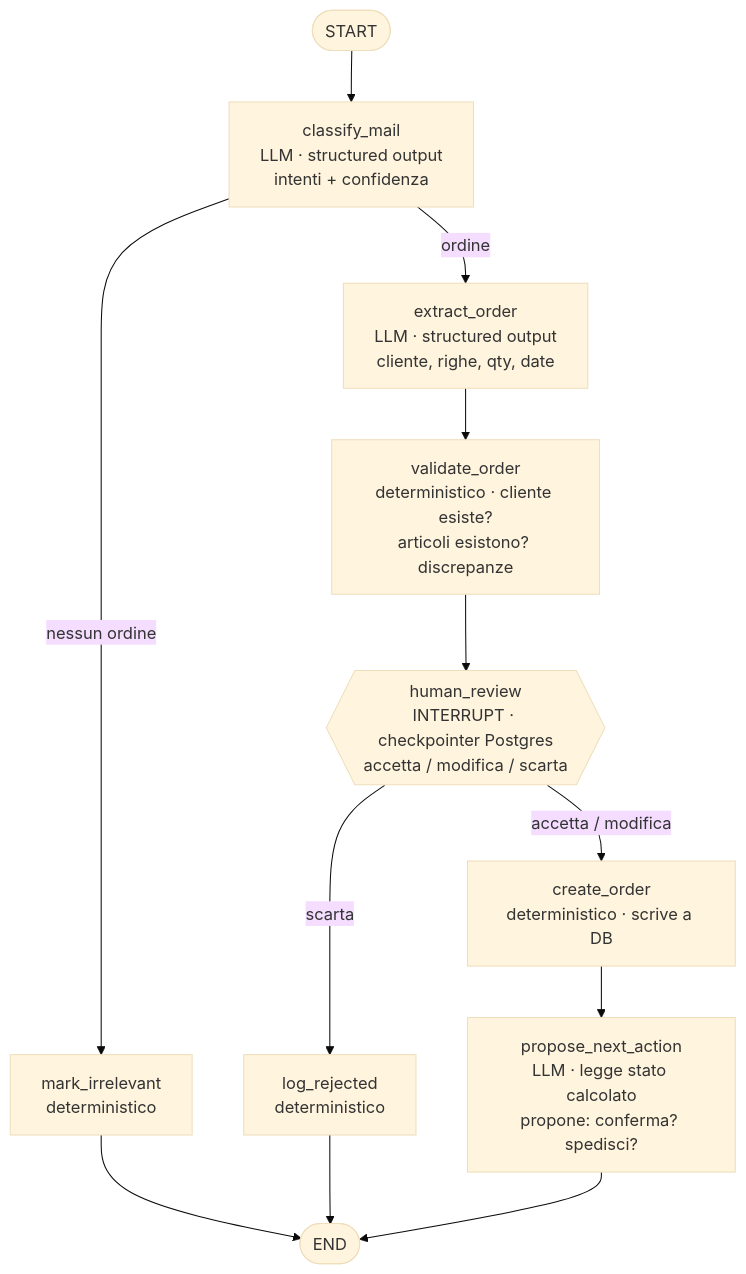
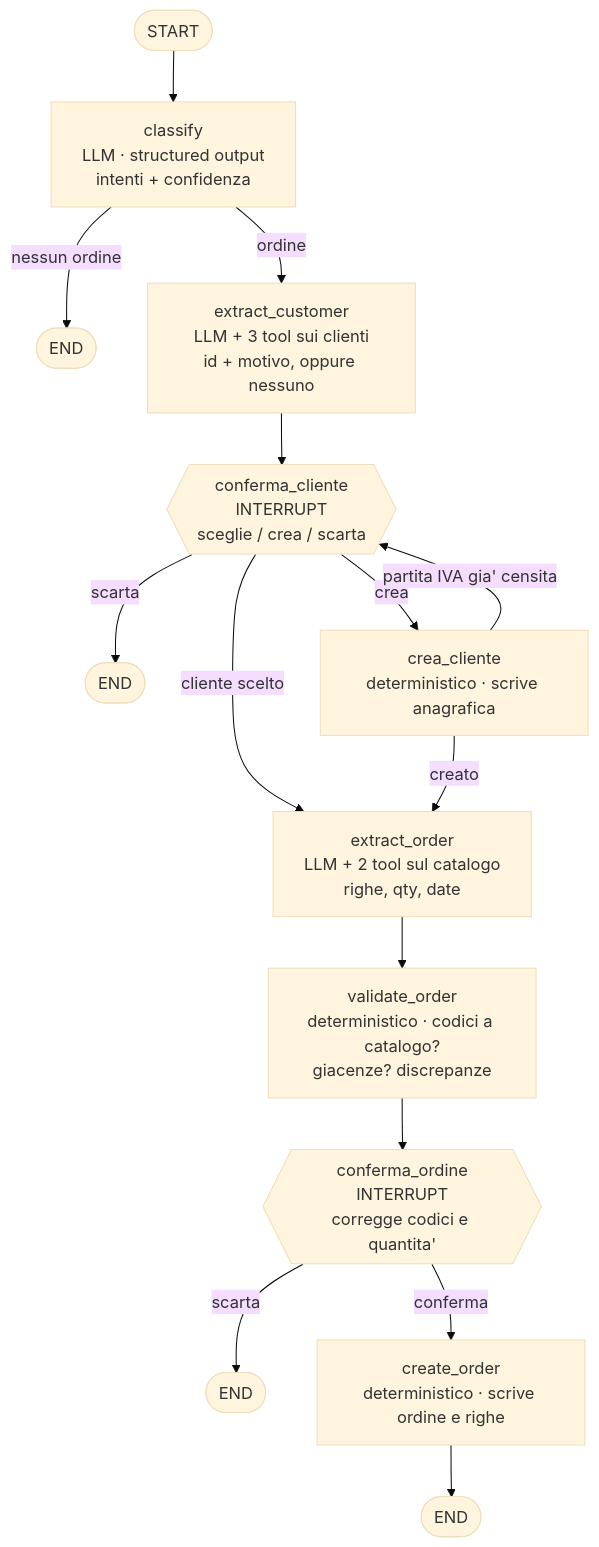
Before and after one commit to DenisRaimondi/erp-agent-graph: the second of 2 diagrams in GRAFO.md, drawn with Mermaid (base theme). The commit also changed other lines of this file and 2 other files, not shown here.

````diff
--- a/GRAFO.md
+++ b/GRAFO.md
@@ -21,18 +21,23 @@
 ```mermaid
 flowchart TD
-    START([START]) --> classify[classify_mail<br/>LLM · structured output<br/>intenti + confidenza]
+    START([START]) --> classify[classify<br/>LLM · structured output<br/>intenti + confidenza]
 
-    classify -->|nessun ordine| discard[mark_irrelevant<br/>deterministico]
-    classify -->|ordine| extract[extract_order<br/>LLM · structured output<br/>cliente, righe, qty, date]
+    classify -->|nessun ordine| END1([END])
+    classify -->|ordine| ec[extract_customer<br/>LLM + 3 tool sui clienti<br/>id + motivo, oppure nessuno]
 
-    extract --> validate[validate_order<br/>deterministico · cliente esiste?<br/>articoli esistono? discrepanze]
-    validate --> review{{human_review<br/>INTERRUPT · checkpointer Postgres<br/>accetta / modifica / scarta}}
+    ec --> cc{{conferma_cliente<br/>INTERRUPT<br/>sceglie / crea / scarta}}
 
-    review -->|scarta| rejected[log_rejected<br/>deterministico]
-    review -->|accetta / modifica| create[create_order<br/>deterministico · scrive a DB]
-    create --> propose[propose_next_action<br/>LLM · legge stato calcolato<br/>propone: conferma? spedisci?]
+    cc -->|scarta| END2([END])
+    cc -->|cliente scelto| eo
+    cc -->|crea| nuovo[crea_cliente<br/>deterministico · scrive anagrafica]
 
-    discard --> END([END])
-    rejected --> END
-    propose --> END
+    nuovo -->|partita IVA gia' censita| cc
+    nuovo -->|creato| eo[extract_order<br/>LLM + 2 tool sul catalogo<br/>righe, qty, date]
+
+    eo --> validate[validate_order<br/>deterministico · codici a catalogo?<br/>giacenze? discrepanze]
+    validate --> co{{conferma_ordine<br/>INTERRUPT<br/>corregge codici e quantita'}}
+
+    co -->|scarta| END3([END])
+    co -->|conferma| create[create_order<br/>deterministico · scrive ordine e righe]
+    create --> END4([END])
 ```
````
